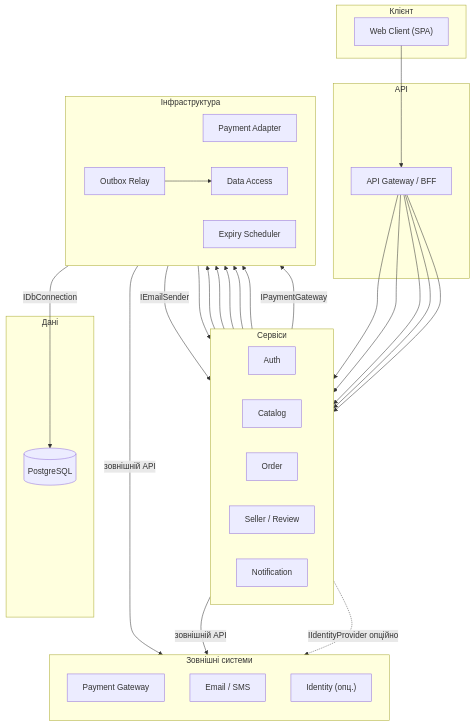
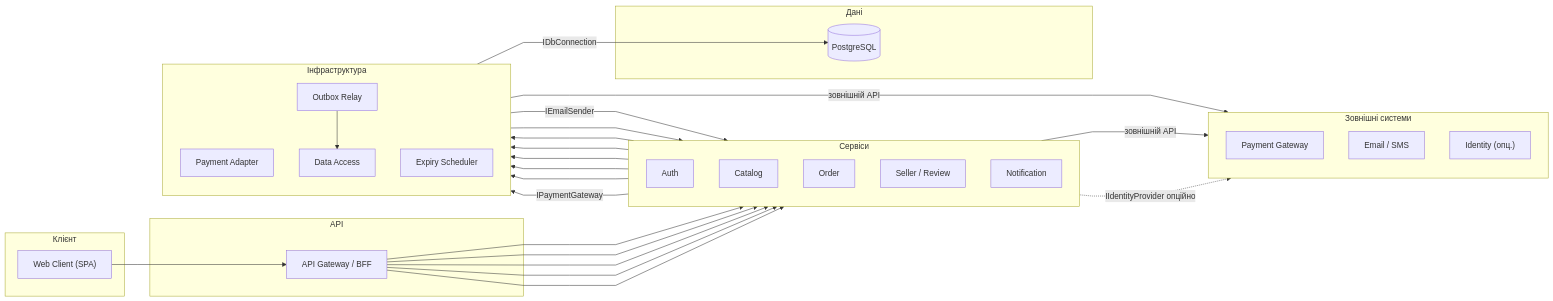
One commit to Stefect/Modeling-and-Analysis-of-Software-Requirements changed the diagram in task-5/component.md. Above: the diagram before and after it, drawn with Mermaid. The commit also changed other lines of this file, not shown here.

Commit message:
refactor: горизонтальний layout Mermaid (LR, прямі лінії)

````diff
--- a/task-5/component.md
+++ b/task-5/component.md
@@ -9,71 +9,71 @@
 ```mermaid
-%%{init: {'flowchart': {'curve': 'basis'}}}%%
-flowchart TB
+%%{init: {'flowchart': {'curve': 'linear'}}}%%
+flowchart LR
     %% --- Клієнт ---
     subgraph Client["Клієнт"]
         WebClient["Web Client (SPA)"]
     end
 
     %% --- API ---
     subgraph API["API"]
         Gateway["API Gateway / BFF"]
     end
 
     %% --- Сервіси ---
     subgraph Services["Сервіси"]
-        direction LR
+        direction TB
         AuthService["Auth"]
         CatalogService["Catalog"]
         OrderService["Order"]
         SellerReviewService["Seller / Review"]
         NotificationService["Notification"]
     end
 
     %% --- Інфраструктура ---
     subgraph Infra["Інфраструктура"]
-        direction LR
+        direction TB
         PaymentAdapter["Payment Adapter"]
         OutboxRelay["Outbox Relay"]
         ExpiryScheduler["Expiry Scheduler"]
         DataAccess["Data Access"]
     end
 
     %% --- Дані ---
     subgraph Data["Дані"]
         Database[("PostgreSQL")]
     end
 
     %% --- Зовнішні ---
     subgraph External["Зовнішні системи"]
         direction TB
         PaymentGateway["Payment Gateway"]
         EmailProvider["Email / SMS"]
         IdentityProvider["Identity (опц.)"]
     end
 
     %% --- Зв'язки (основний потік) ---
     WebClient --> Gateway
     Gateway --> AuthService
     Gateway --> CatalogService
     Gateway --> OrderService
     Gateway --> SellerReviewService
     Gateway --> NotificationService
 
     AuthService --> DataAccess
     CatalogService --> DataAccess
     OrderService --> DataAccess
     SellerReviewService --> DataAccess
 
     OrderService --> OutboxRelay
     OutboxRelay --> DataAccess
     OutboxRelay -->|IEmailSender| NotificationService
     ExpiryScheduler --> OrderService
 
     PaymentAdapter -->|зовнішній API| PaymentGateway
     NotificationService -->|зовнішній API| EmailProvider
     AuthService -.->|IIdentityProvider опційно| IdentityProvider
 
     DataAccess -->|IDbConnection| Database
 
     OrderService -->|IPaymentGateway| PaymentAdapter
 ```
````
